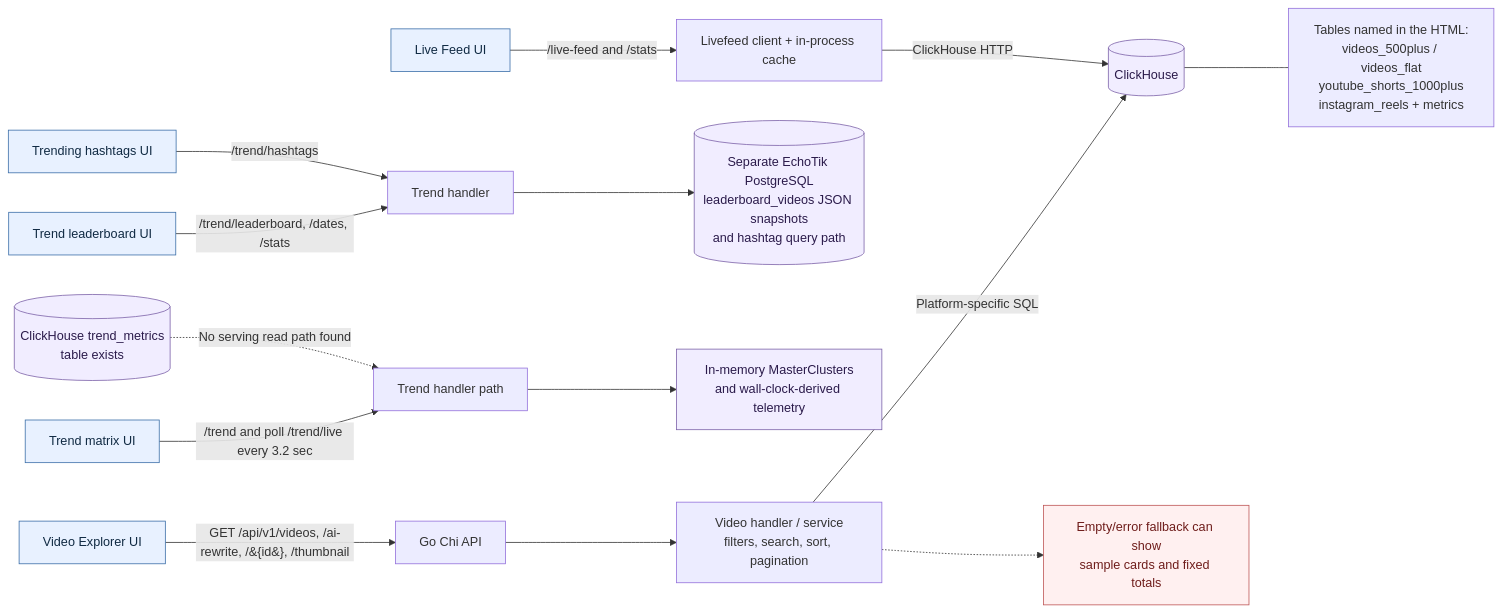
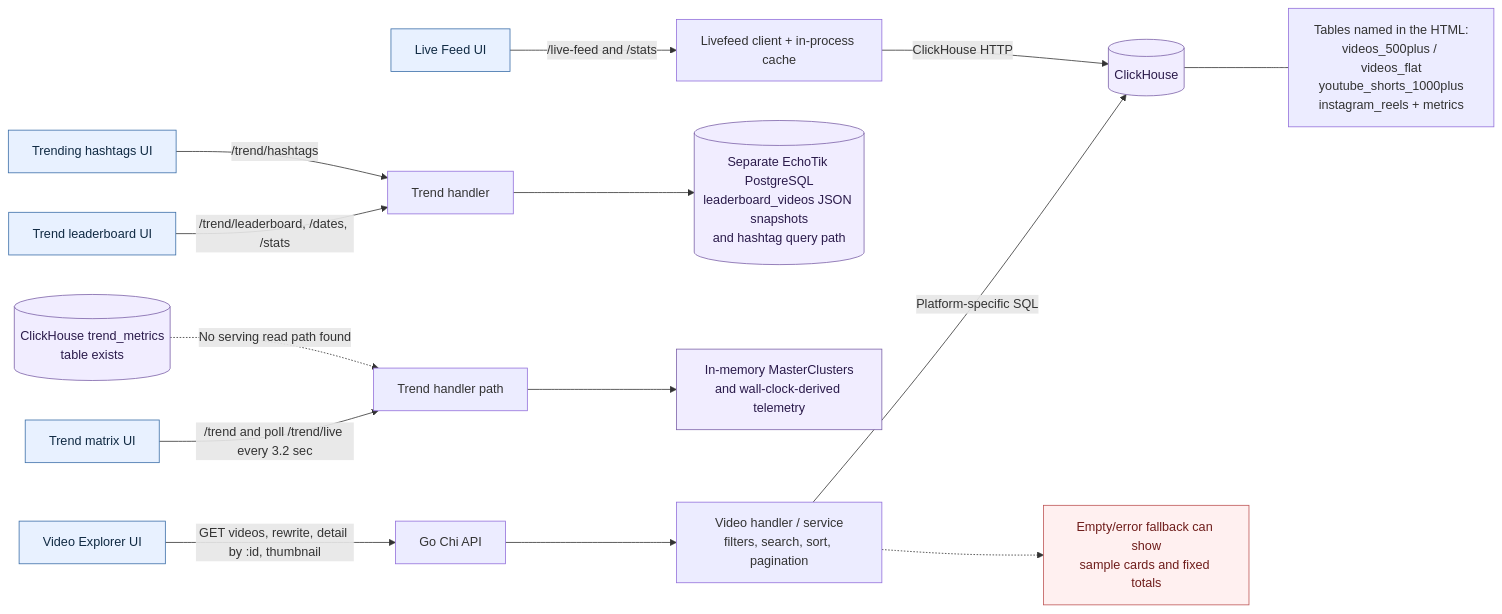
Before and after one commit to MouseCM/architechture: the second of 6 diagrams in README.md, drawn with Mermaid. The commit also changed 1 other file, not shown here.

````diff
--- a/README.md
+++ b/README.md
@@ -48,25 +48,25 @@
 ```mermaid
 flowchart LR
-  VE[Video Explorer UI] -->|GET /api/v1/videos, /ai-rewrite, /&#123;id&#125;, /thumbnail| API[Go Chi API]
+  VE[Video Explorer UI] -->|GET videos, rewrite, detail by :id, thumbnail| API[Go Chi API]
   API --> VH[Video handler / service<br/>filters, search, sort, pagination]
   VH -->|Platform-specific SQL| CH[(ClickHouse)]
   CH --- VT[Tables named in the HTML:<br/>videos_500plus / videos_flat<br/>youtube_shorts_1000plus<br/>instagram_reels + metrics]
   VH -.-> FALLBACK[Empty/error fallback can show<br/>sample cards and fixed totals]
 
   TL[Trend leaderboard UI] -->|/trend/leaderboard, /dates, /stats| TH[Trend handler]
   TAG[Trending hashtags UI] -->|/trend/hashtags| TH
   TH --> ECHO[(Separate EchoTik PostgreSQL<br/>leaderboard_videos JSON snapshots<br/>and hashtag query path)]
 
   TM[Trend matrix UI] -->|/trend and poll /trend/live every 3.2 sec| TH2[Trend handler path]
   TH2 --> RAM[In-memory MasterClusters<br/>and wall-clock-derived telemetry]
   TMT[(ClickHouse trend_metrics<br/>table exists)] -.->|No serving read path found| TH2
 
   LF[Live Feed UI] -->|/live-feed and /stats| LFS[Livefeed client + in-process cache]
   LFS -->|ClickHouse HTTP| CH
   classDef ui fill:#e8f1ff,stroke:#3b6ea8,color:#102a43;
   classDef store fill:#f1edff,stroke:#7b61a8,color:#2b1b4b;
   classDef warn fill:#fff0f0,stroke:#be5555,color:#6f1d1b;
   class VE,TL,TAG,TM,LF ui;
   class CH,ECHO,RAM,TMT store;
   class FALLBACK warn;
 ```
````
